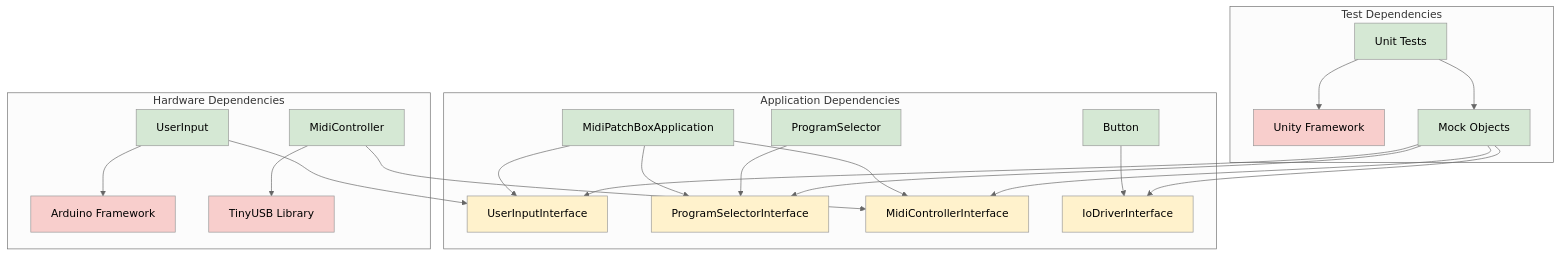
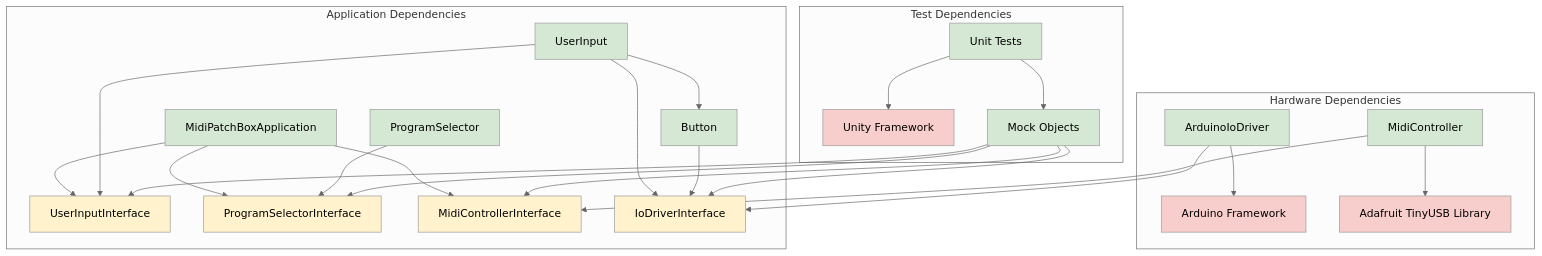
The third of 4 diagrams in ARCHITECTURE.md (iv660/midi-patch-box), drawn with Mermaid (neutral theme) before and after one commit. The commit also changed other lines of this file, not shown here.

````diff
--- a/ARCHITECTURE.md
+++ b/ARCHITECTURE.md
@@ -284,36 +307,39 @@
 ```mermaid
 graph TD
     subgraph "Application Dependencies"
         APP[MidiPatchBoxApplication] --> UII[UserInputInterface]
         APP --> PSI[ProgramSelectorInterface]
         APP --> MCI[MidiControllerInterface]
         
-        BTN[Button] --> IOI[IoDriverInterface]
+        UI[UserInput] --> UII
+        UI --> IOI[IoDriverInterface]
+        UI --> BTN[Button]
+        BTN --> IOI
         PS[ProgramSelector] --> PSI
     end
     
     subgraph "Hardware Dependencies"
-        UI[UserInput] --> UII
-        UI --> ARDUINO[Arduino Framework]
+        AIO[ArduinoIoDriver] --> IOI
+        AIO --> ARDUINO[Arduino Framework]
         
         MC[MidiController] --> MCI
-        MC --> TINYUSB[TinyUSB Library]
+        MC --> TINYUSB[Adafruit TinyUSB Library]
     end
     
     subgraph "Test Dependencies"
         TESTS[Unit Tests] --> UNITY[Unity Framework]
         TESTS --> MOCKS[Mock Objects]
         MOCKS --> IOI
         MOCKS --> UII
         MOCKS --> MCI
         MOCKS --> PSI
     end
     
     classDef interface fill:#fff2cc
     classDef concrete fill:#d5e8d4
     classDef external fill:#f8cecc
     
     class UII,PSI,MCI,IOI interface
-    class APP,BTN,PS,UI,MC,TESTS,MOCKS concrete
+    class APP,BTN,PS,UI,AIO,MC,TESTS,MOCKS concrete
     class ARDUINO,TINYUSB,UNITY external
 ```
````
